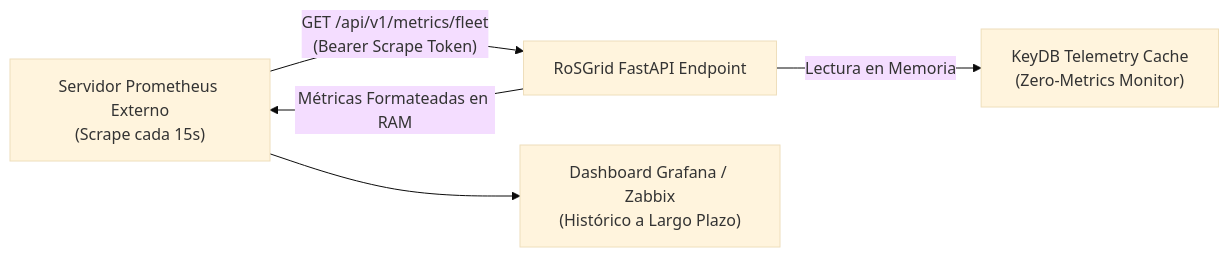
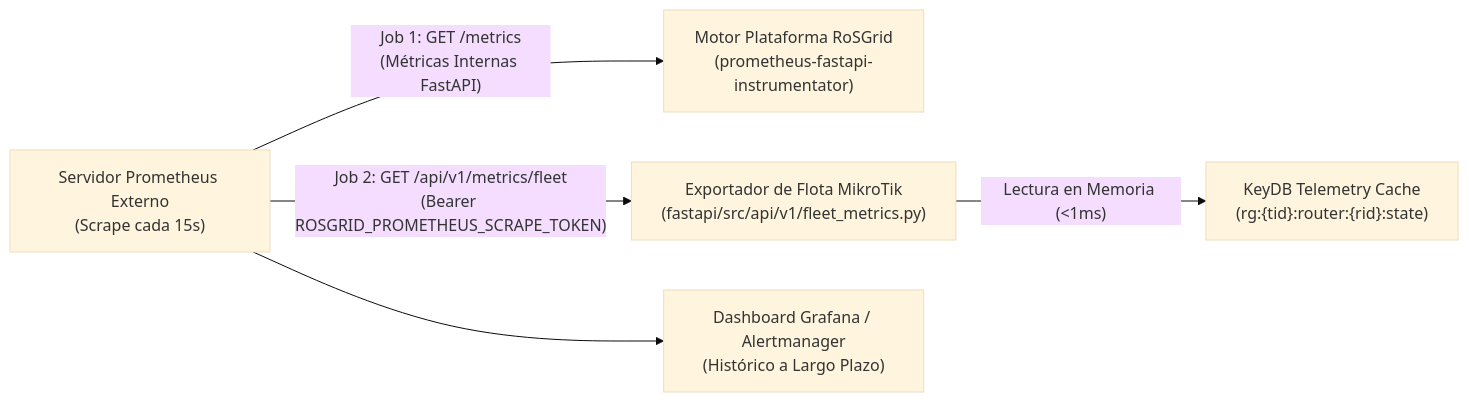
Before and after one commit to tecno-consultores/RoSGrid: the fifth of 5 diagrams in docs/12_DISENO_TOPOLOGIA_L2_SYSLOG_Y_AUTOMATIZACION.md, drawn with Mermaid (base theme). The commit also changed other lines of this file and 11 other files, not shown here.

````diff
--- a/docs/12_DISENO_TOPOLOGIA_L2_SYSLOG_Y_AUTOMATIZACION.md
+++ b/docs/12_DISENO_TOPOLOGIA_L2_SYSLOG_Y_AUTOMATIZACION.md
@@ -250,7 +250,7 @@
 ```mermaid
 flowchart LR
-    Prometheus["Servidor Prometheus Externo\n(Scrape cada 15s)"] -->|"GET /api/v1/metrics/fleet\n(Bearer Scrape Token)"| RoSGridAPI["RoSGrid FastAPI Endpoint"]
-    RoSGridAPI -->|"Lectura en Memoria"| KeyDBCache["KeyDB Telemetry Cache\n(Zero-Metrics Monitor)"]
-    RoSGridAPI -->|"Métricas Formateadas en RAM"| Prometheus
-    Prometheus --> Grafana["Dashboard Grafana / Zabbix\n(Histórico a Largo Plazo)"]
+    Prometheus["Servidor Prometheus Externo\n(Scrape cada 15s)"] -->|"Job 1: GET /metrics\n(Métricas Internas FastAPI)"| RoSGridPlatform["Motor Plataforma RoSGrid\n(prometheus-fastapi-instrumentator)"]
+    Prometheus -->|"Job 2: GET /api/v1/metrics/fleet\n(Bearer ROSGRID_PROMETHEUS_SCRAPE_TOKEN)"| RoSGridFleet["Exportador de Flota MikroTik\n(fastapi/src/api/v1/fleet_metrics.py)"]
+    RoSGridFleet -->|"Lectura en Memoria (<1ms)"| KeyDBCache["KeyDB Telemetry Cache\n(rg:{tid}:router:{rid}:state)"]
+    Prometheus --> Grafana["Dashboard Grafana / Alertmanager\n(Histórico a Largo Plazo)"]
 ```
````
